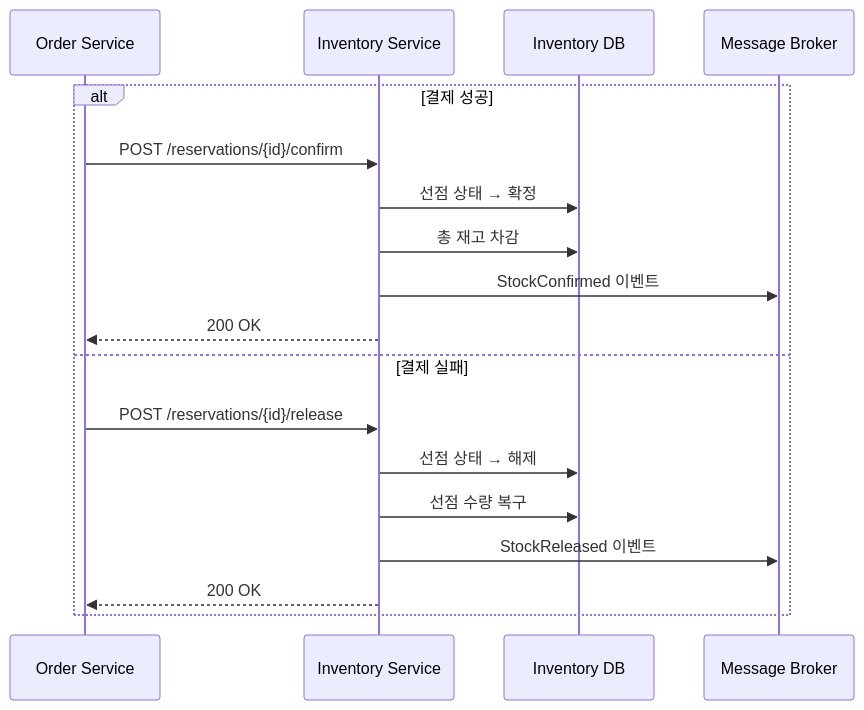
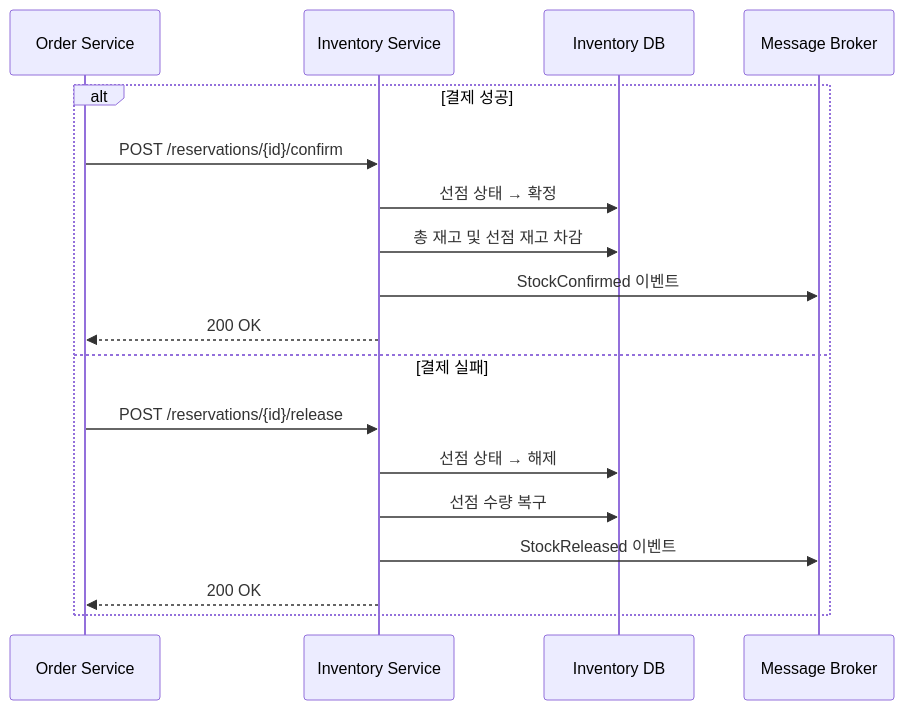
The sixth of 9 diagrams in docs/PROCESS_FLOWS.md (wlgns5376/msa-ecommerce-product), drawn with Mermaid before and after one commit. The commit also changed 4 other files, not shown here.

````diff
--- a/docs/PROCESS_FLOWS.md
+++ b/docs/PROCESS_FLOWS.md
@@ -247,21 +247,21 @@
 ```mermaid
 sequenceDiagram
     participant OS as Order Service
     participant IS as Inventory Service
     participant DB as Inventory DB
     participant MB as Message Broker
 
     alt 결제 성공
         OS->>IS: POST /reservations/{id}/confirm
         IS->>DB: 선점 상태 → 확정
-        IS->>DB: 총 재고 차감
+        IS->>DB: 총 재고 및 선점 재고 차감
         IS->>MB: StockConfirmed 이벤트
         IS-->>OS: 200 OK
     else 결제 실패
         OS->>IS: POST /reservations/{id}/release
         IS->>DB: 선점 상태 → 해제
         IS->>DB: 선점 수량 복구
         IS->>MB: StockReleased 이벤트
         IS-->>OS: 200 OK
     end
 ```
````
